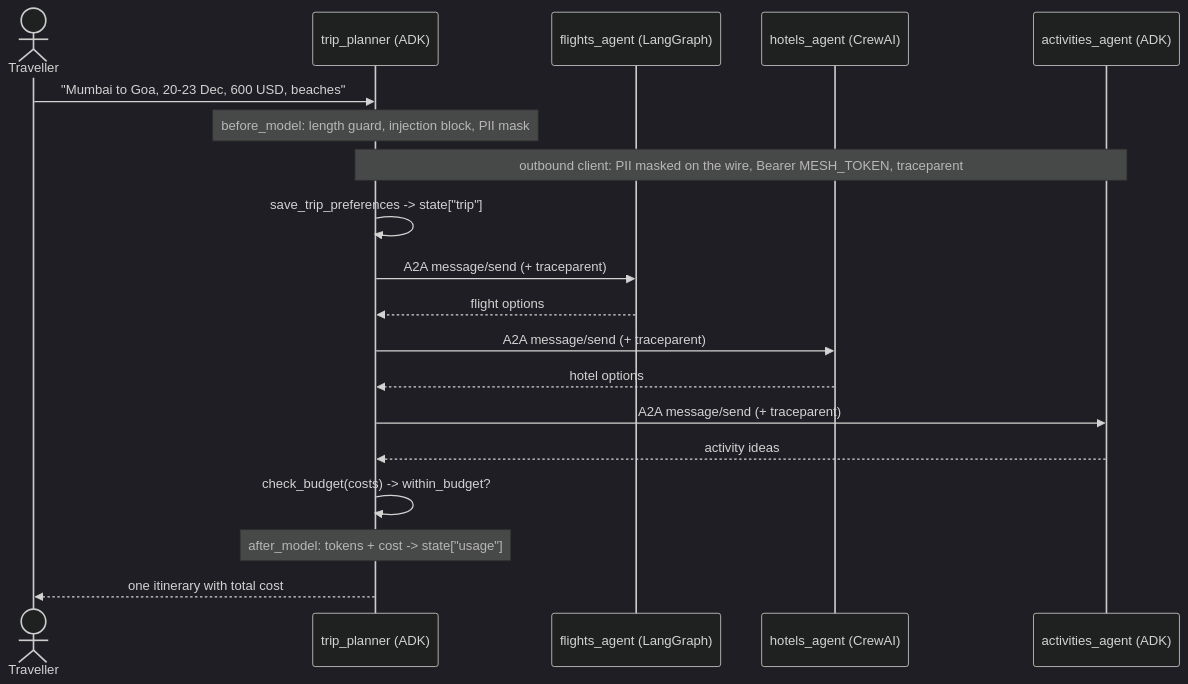
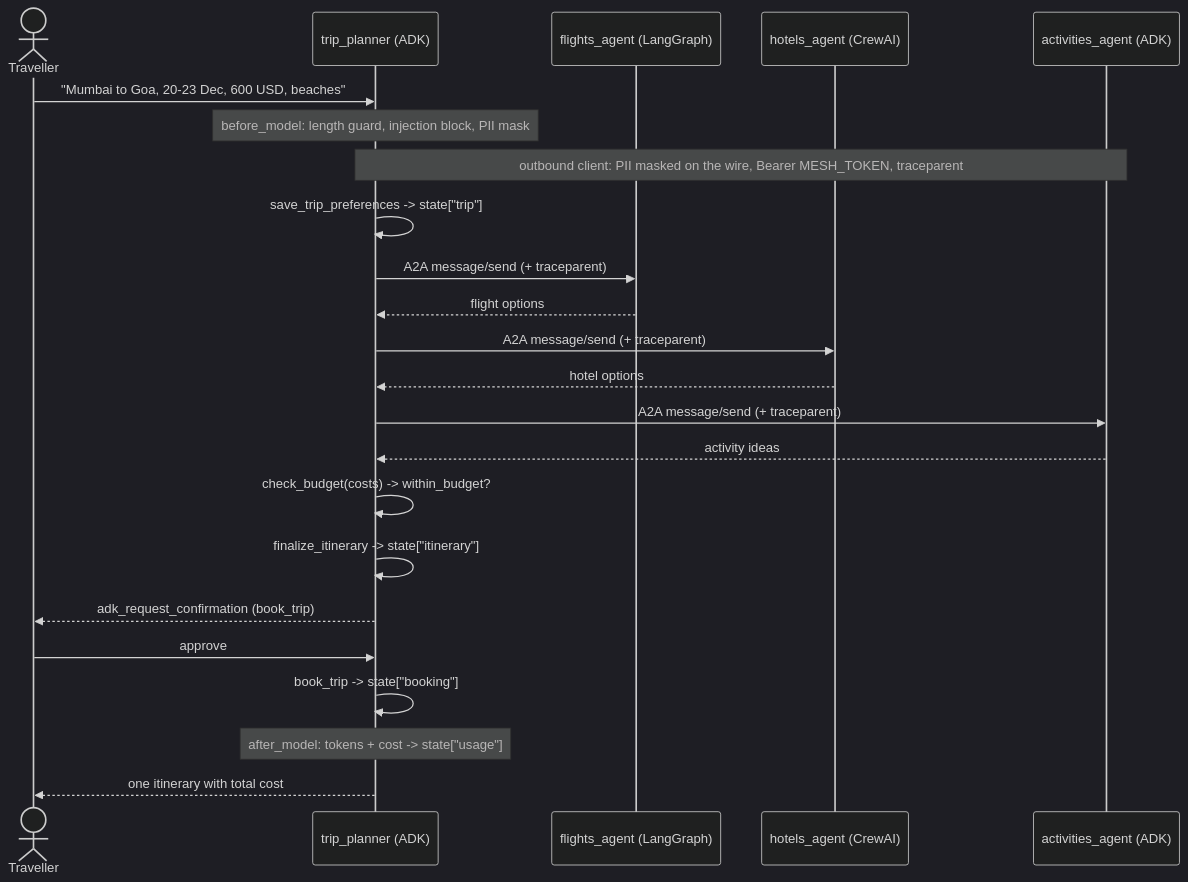
The diagram in docs/architecture.md (anshd15/a2a-agent-mesh), drawn with Mermaid (dark theme) before and after one commit. The commit also changed other lines of this file and 3 other files, not shown here.

Commit message:
docs: degraded mode, cost cap, memory and approval in architecture, eval and security docs

````diff
--- a/docs/architecture.md
+++ b/docs/architecture.md
@@ -5,22 +5,26 @@
 ```mermaid
 sequenceDiagram
   actor U as Traveller
   participant P as trip_planner (ADK)
   participant F as flights_agent (LangGraph)
   participant H as hotels_agent (CrewAI)
   participant A as activities_agent (ADK)
 
   U->>P: "Mumbai to Goa, 20-23 Dec, 600 USD, beaches"
   Note over P: before_model: length guard, injection block, PII mask
   Note over P,A: outbound client: PII masked on the wire, Bearer MESH_TOKEN, traceparent
   P->>P: save_trip_preferences -> state["trip"]
   P->>F: A2A message/send (+ traceparent)
   F-->>P: flight options
   P->>H: A2A message/send (+ traceparent)
   H-->>P: hotel options
   P->>A: A2A message/send (+ traceparent)
   A-->>P: activity ideas
   P->>P: check_budget(costs) -> within_budget?
+  P->>P: finalize_itinerary -> state["itinerary"]
+  P-->>U: adk_request_confirmation (book_trip)
+  U->>P: approve
+  P->>P: book_trip -> state["booking"]
   Note over P: after_model: tokens + cost -> state["usage"]
   P-->>U: one itinerary with total cost
 ```
````
